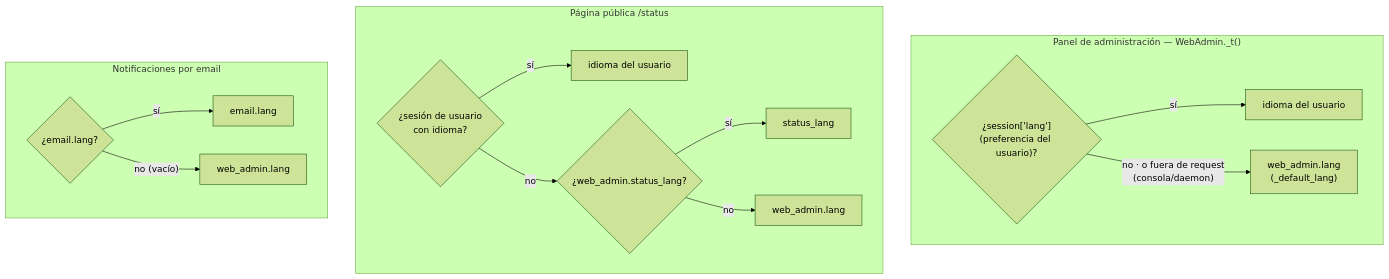
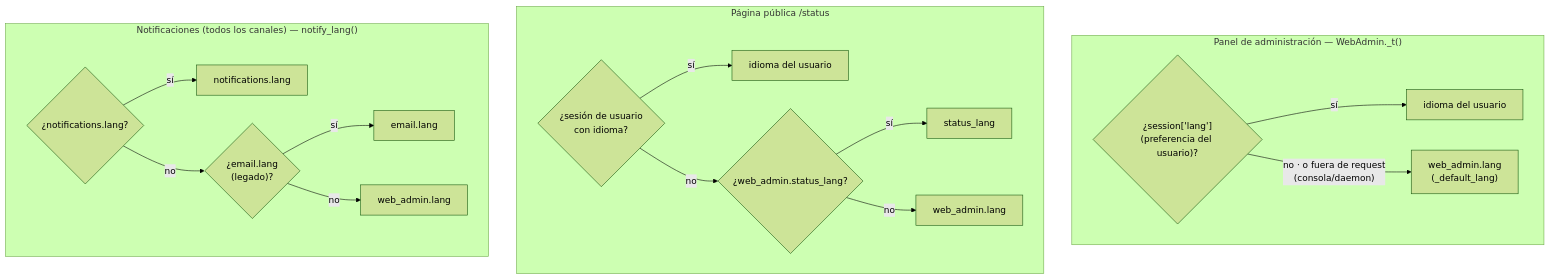
Before and after one commit to vsc55/ServiceSentry: the first of 2 diagrams in docs/i18n.md, drawn with Mermaid (forest theme). The commit also changed other lines of this file and 276 other files, not shown here.

````diff
--- a/docs/i18n.md
+++ b/docs/i18n.md
@@ -284,20 +319,22 @@
 ```mermaid
 flowchart TD
     subgraph panel["Panel de administración — WebAdmin._t()"]
         p1{"¿session['lang']<br/>(preferencia del usuario)?"}
         p1 -- sí --> p2["idioma del usuario"]
         p1 -- "no · o fuera de request<br/>(consola/daemon)" --> p3["web_admin.lang<br/>(_default_lang)"]
     end
     subgraph status["Página pública /status"]
         s1{"¿sesión de usuario<br/>con idioma?"}
         s1 -- sí --> s2["idioma del usuario"]
         s1 -- no --> s3{"¿web_admin.status_lang?"}
         s3 -- sí --> s4["status_lang"]
         s3 -- no --> s5["web_admin.lang"]
     end
-    subgraph email["Notificaciones por email"]
-        e1{"¿email.lang?"}
-        e1 -- sí --> e2["email.lang"]
-        e1 -- "no (vacío)" --> e3["web_admin.lang"]
+    subgraph notif["Notificaciones (todos los canales) — notify_lang()"]
+        n1{"¿notifications.lang?"}
+        n1 -- sí --> n2["notifications.lang"]
+        n1 -- no --> n3{"¿email.lang<br/>(legado)?"}
+        n3 -- sí --> n4["email.lang"]
+        n3 -- no --> n5["web_admin.lang"]
     end
 ```
````
